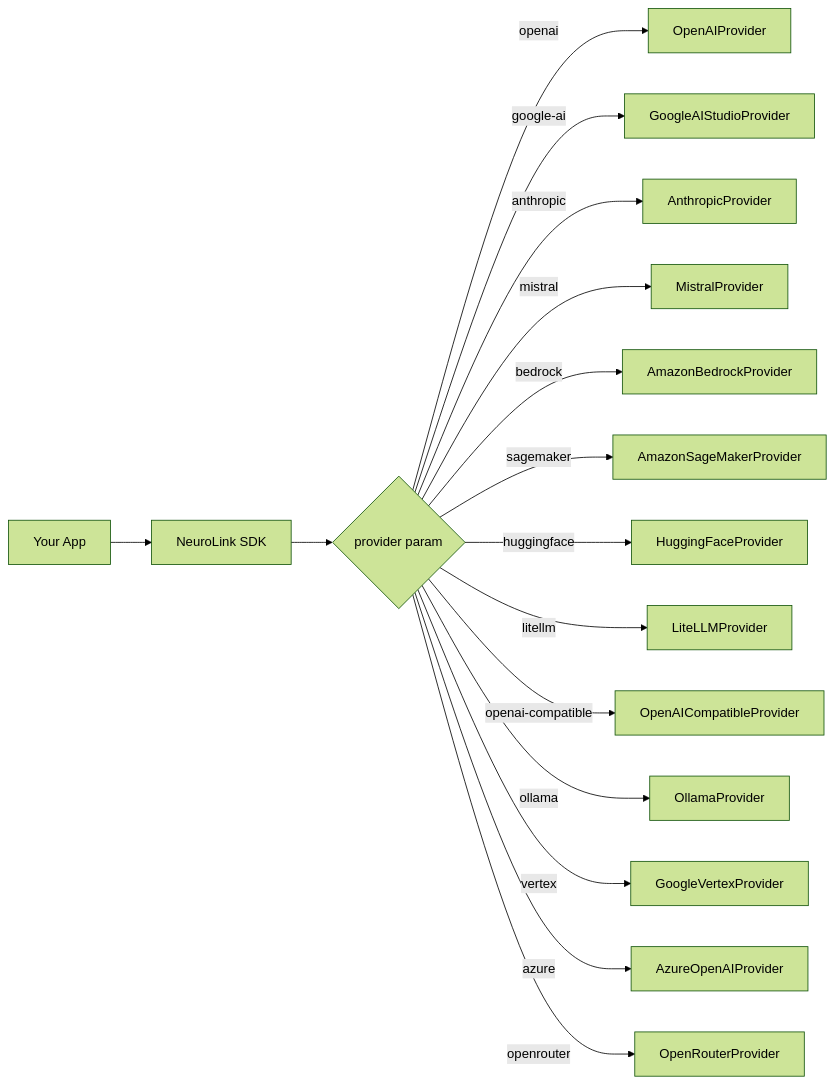
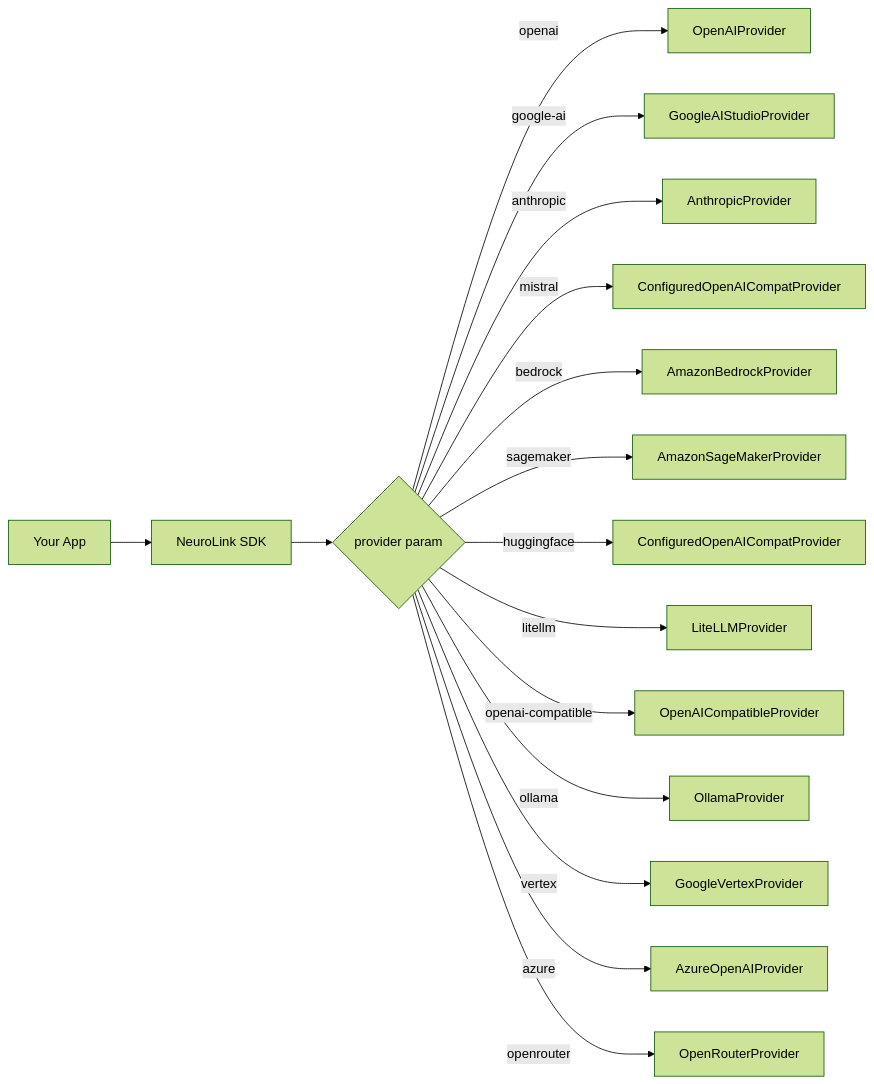
One commit to juspay/neurolink-blog changed the second of 2 diagrams in _posts/2025-07-21-provider-comparison-matrix.md. Above: the diagram before and after it, drawn with Mermaid (forest theme). The commit also changed other lines of this file and 172 other files, not shown here.

````diff
--- a/_posts/2025-07-21-provider-comparison-matrix.md
+++ b/_posts/2025-07-21-provider-comparison-matrix.md
@@ -161,19 +165,19 @@
 ```mermaid
 flowchart LR
     A[Your App] --> B[NeuroLink SDK]
     B --> C{provider param}
 
     C -->|"openai"| D[OpenAIProvider]
     C -->|"google-ai"| E[GoogleAIStudioProvider]
     C -->|"anthropic"| F[AnthropicProvider]
-    C -->|"mistral"| G[MistralProvider]
+    C -->|"mistral"| G[ConfiguredOpenAICompatProvider]
     C -->|"bedrock"| H[AmazonBedrockProvider]
     C -->|"sagemaker"| I[AmazonSageMakerProvider]
-    C -->|"huggingface"| J[HuggingFaceProvider]
+    C -->|"huggingface"| J[ConfiguredOpenAICompatProvider]
     C -->|"litellm"| K[LiteLLMProvider]
     C -->|"openai-compatible"| L[OpenAICompatibleProvider]
     C -->|"ollama"| M[OllamaProvider]
     C -->|"vertex"| N[GoogleVertexProvider]
     C -->|"azure"| O[AzureOpenAIProvider]
     C -->|"openrouter"| P[OpenRouterProvider]
 ```
````
